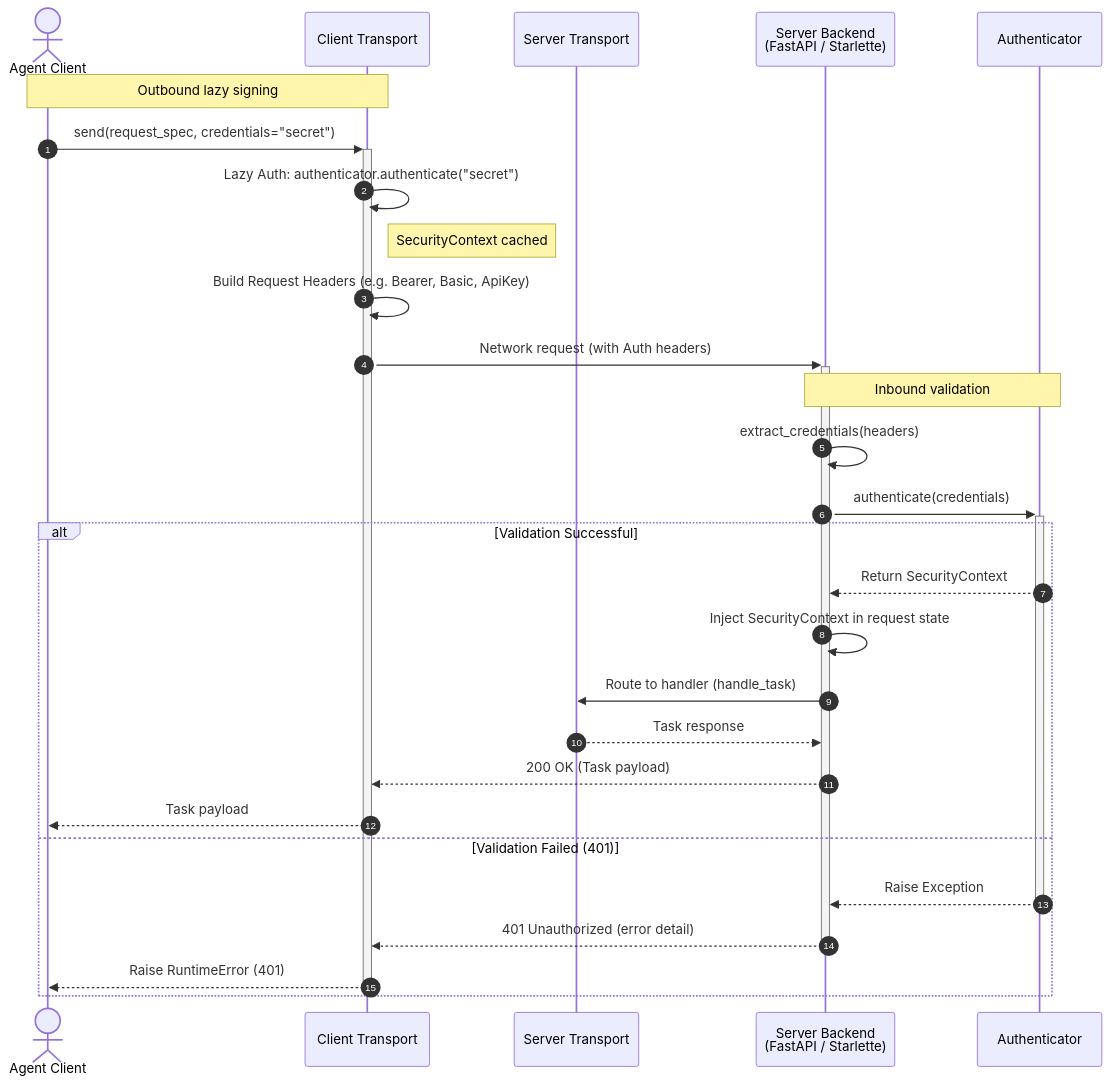
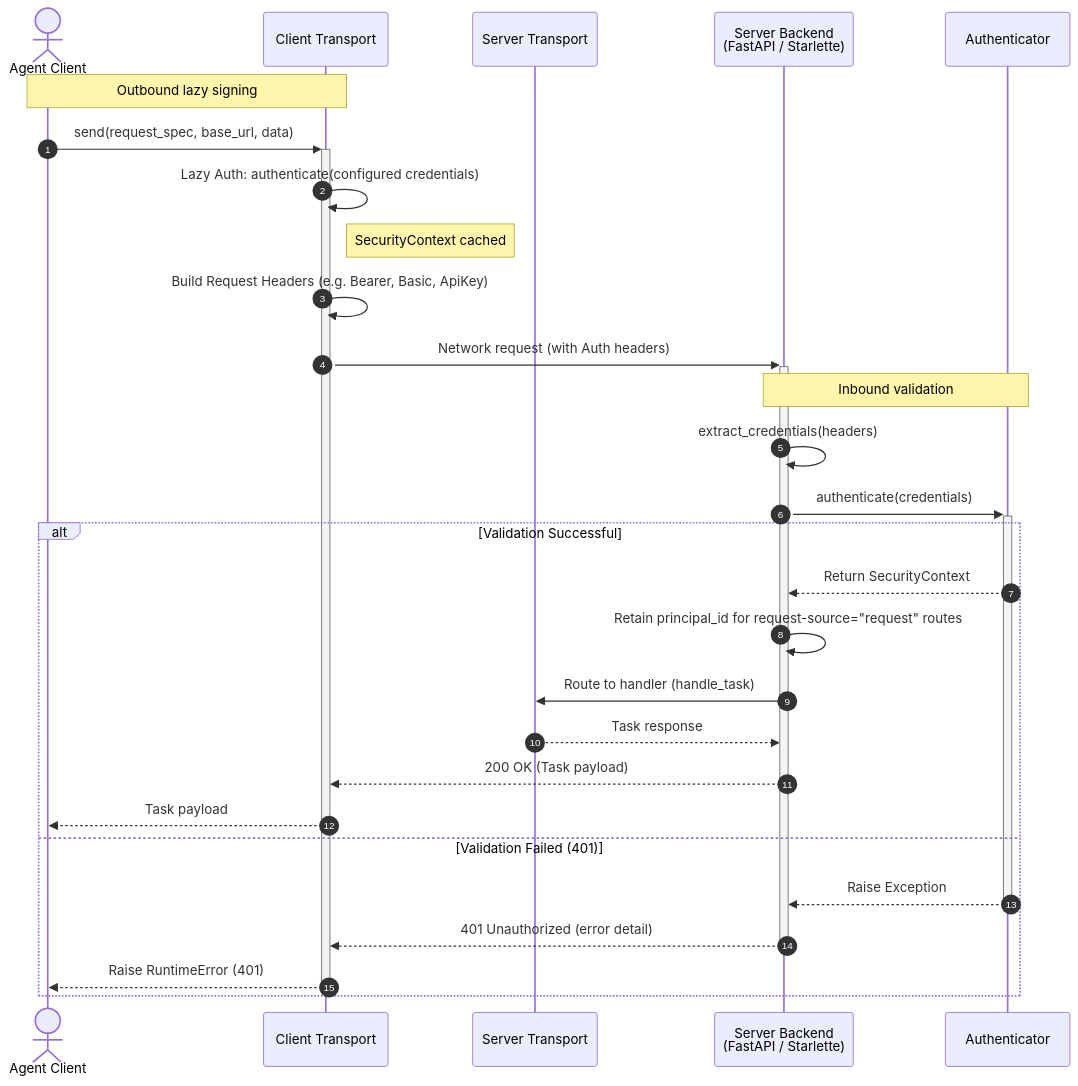
One commit to nMaroulis/protolink changed the diagram in docs/content/authentication.md. Above: the diagram before and after it, drawn with Mermaid. The commit also changed other lines of this file and 17 other files, not shown here.

````diff
--- a/docs/content/authentication.md
+++ b/docs/content/authentication.md
@@ -25,32 +34,32 @@
 ```mermaid
 sequenceDiagram
     autonumber
     actor Client as Agent Client
     participant CT as Client Transport
     participant ST as Server Transport
     participant BA as Server Backend<br/>(FastAPI / Starlette)
     participant AUTH as Authenticator
 
     Note over Client, CT: Outbound lazy signing
-    Client->>+CT: send(request_spec, credentials="secret")
-    CT->>CT: Lazy Auth: authenticator.authenticate("secret")
+    Client->>+CT: send(request_spec, base_url, data)
+    CT->>CT: Lazy Auth: authenticate(configured credentials)
     Note right of CT: SecurityContext cached
     CT->>CT: Build Request Headers (e.g. Bearer, Basic, ApiKey)
     CT->>+BA: Network request (with Auth headers)
     
     Note over BA, AUTH: Inbound validation
     BA->>BA: extract_credentials(headers)
     BA->>+AUTH: authenticate(credentials)
     alt Validation Successful
         AUTH-->>BA: Return SecurityContext
-        BA->>BA: Inject SecurityContext in request state
+        BA->>BA: Retain principal_id for request-source="request" routes
         BA->>ST: Route to handler (handle_task)
         ST-->>BA: Task response
         BA-->>CT: 200 OK (Task payload)
         CT-->>Client: Task payload
     else Validation Failed (401)
         AUTH-->>-BA: Raise Exception
         BA-->>-CT: 401 Unauthorized (error detail)
         CT-->>-Client: Raise RuntimeError (401)
     end
 ```
````
